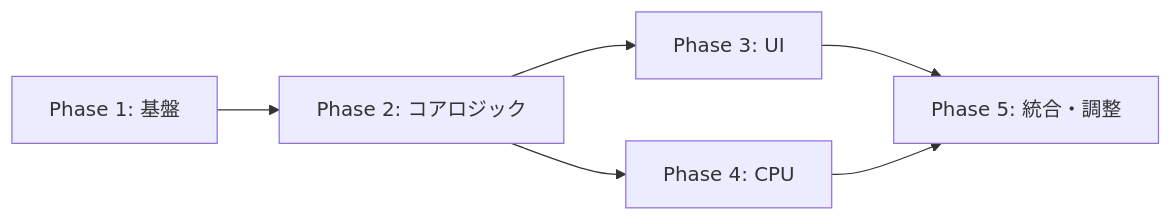
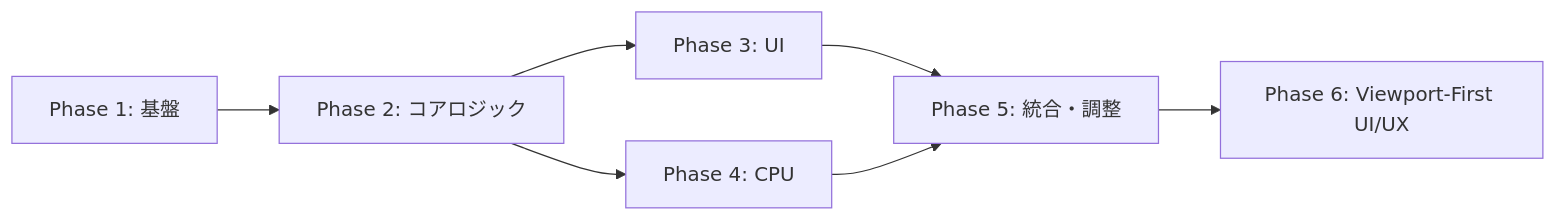
The diagram in tasks.md (totoko00/fixed-deck-tcg), drawn with Mermaid before and after one commit. The commit also changed other lines of this file and 4 other files, not shown here.

````diff
--- a/tasks.md
+++ b/tasks.md
@@ -285,8 +310,9 @@
 ```mermaid
 graph LR
     P1[Phase 1: 基盤] --> P2[Phase 2: コアロジック]
     P2 --> P3[Phase 3: UI]
     P2 --> P4[Phase 4: CPU]
     P3 --> P5[Phase 5: 統合・調整]
     P4 --> P5
+    P5 --> P6[Phase 6: Viewport-First UI/UX]
 ```
````
